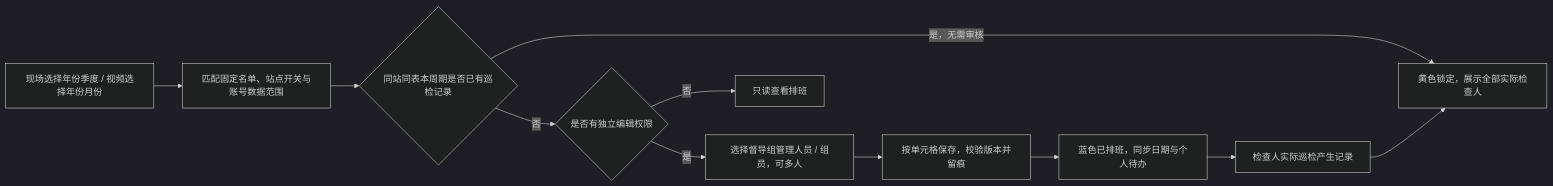
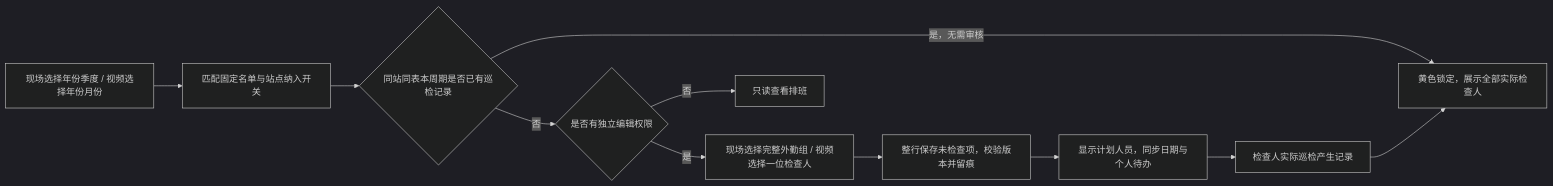
One commit to HanchengZuo/ywddzx-smart-platform changed the ninth of 11 diagrams in README.md. Above: the diagram before and after it, drawn with Mermaid (dark theme). The commit also changed other lines of this file and 18 other files, not shown here.

````diff
--- a/README.md
+++ b/README.md
@@ -592,13 +594,13 @@
 ```mermaid
 flowchart LR
-    C[现场选择年份季度 / 视频选择年份月份] --> S[匹配固定名单、站点开关与账号数据范围]
+    C[现场选择年份季度 / 视频选择年份月份] --> S[匹配固定名单与站点纳入开关]
     S --> DONE{同站同表本周期是否已有巡检记录}
     DONE -->|是，无需审核| FINISH[黄色锁定，展示全部实际检查人]
     DONE -->|否| AUTH{是否有独立编辑权限}
     AUTH -->|否| READ[只读查看排班]
-    AUTH -->|是| A[选择督导组管理人员 / 组员，可多人]
-    A --> SAVE[按单元格保存，校验版本并留痕]
-    SAVE --> BOARD[蓝色已排班，同步日期与个人待办]
+    AUTH -->|是| A[现场选择完整外勤组 / 视频选择一位检查人]
+    A --> SAVE[整行保存未检查项，校验版本并留痕]
+    SAVE --> BOARD[显示计划人员，同步日期与个人待办]
     BOARD --> I[检查人实际巡检产生记录]
     I --> FINISH
 ```
````
